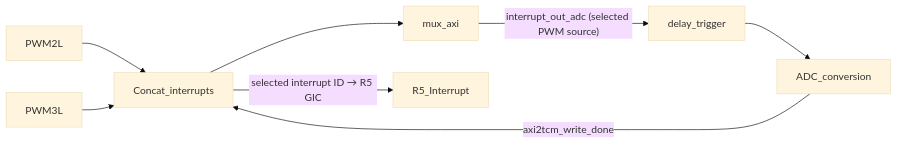
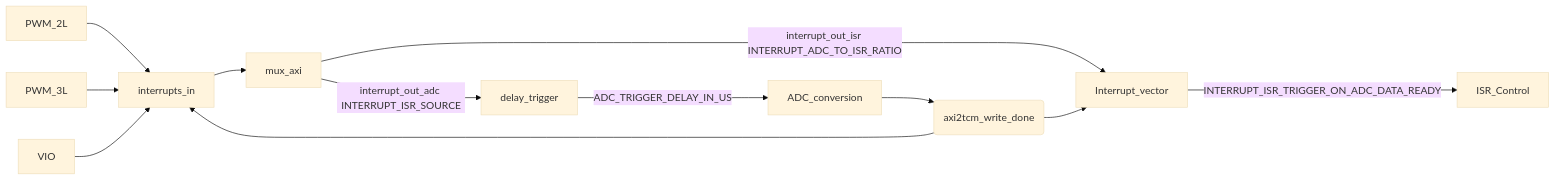
One commit to ultrazohm/ultrazohm_sw changed the diagram in docs/source/guide/rpu_software/interrupts/interrupts.rst. Above: the diagram before and after it, drawn with Mermaid (base theme). The commit also changed other lines of this file and 1 other file, not shown here.

Commit message:
- polish docs and mermaid diagram on PL structure - recreate defaul global config

```diff
--- a/docs/source/guide/rpu_software/interrupts/interrupts.rst
+++ b/docs/source/guide/rpu_software/interrupts/interrupts.rst
@@ -66,12 +62,16 @@
 .. mermaid::
     :align: center
     :caption: Signal flow in PL for ADC trigger and ISR trigger
 
     graph LR
-        PWM2L --> Concat_interrupts
-        PWM3L --> Concat_interrupts
-        Concat_interrupts --> mux_axi
-        mux_axi -->|"interrupt_out_adc (selected PWM source)"| delay_trigger
-        delay_trigger --> ADC_conversion
-        ADC_conversion -->|axi2tcm_write_done| Concat_interrupts
-        Concat_interrupts -->|"selected interrupt ID → R5 GIC"| R5_Interrupt
+        PWM_2L --> B[interrupts_in]
+        PWM_3L --> B
+        VIO --> B
+        ATW(axi2tcm_write_done) --> B
+        B --> mux_axi
+        mux_axi -->|"interrupt_out_adc INTERRUPT_ISR_SOURCE"| delay_trigger
+        mux_axi -->|"interrupt_out_isr INTERRUPT_ADC_TO_ISR_RATIO"| IV[Interrupt_vector]
+        delay_trigger -->|"ADC_TRIGGER_DELAY_IN_US"| ADC_conversion
+        ADC_conversion --> ATW
+        ATW --> IV
+        IV -->|"INTERRUPT_ISR_TRIGGER_ON_ADC_DATA_READY"| ISR_Control
```
